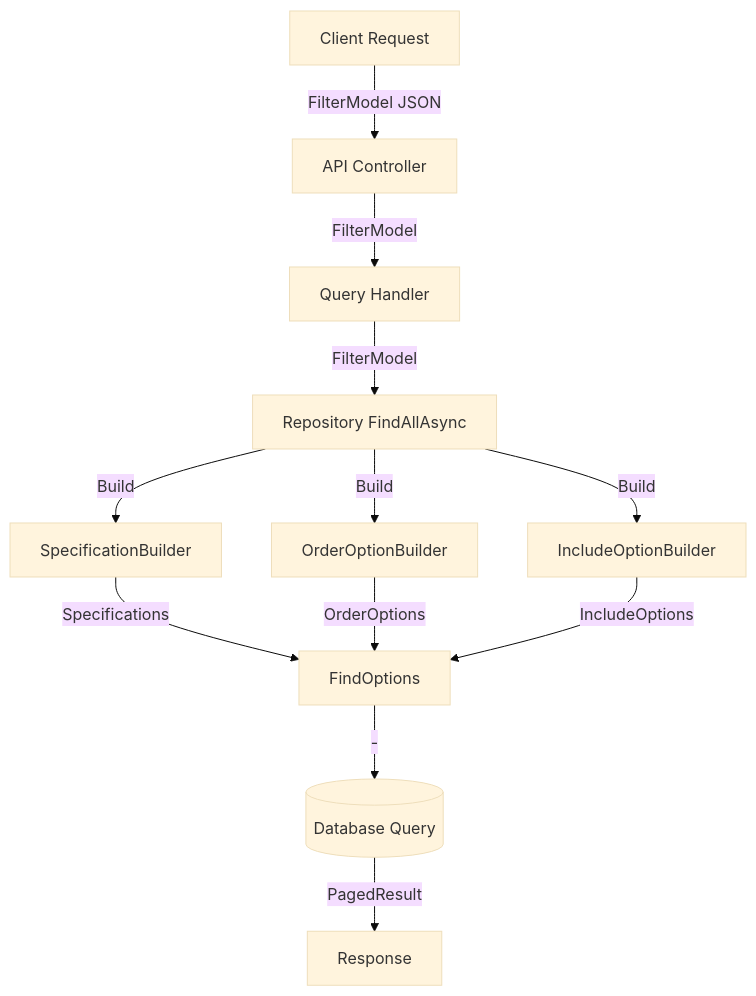
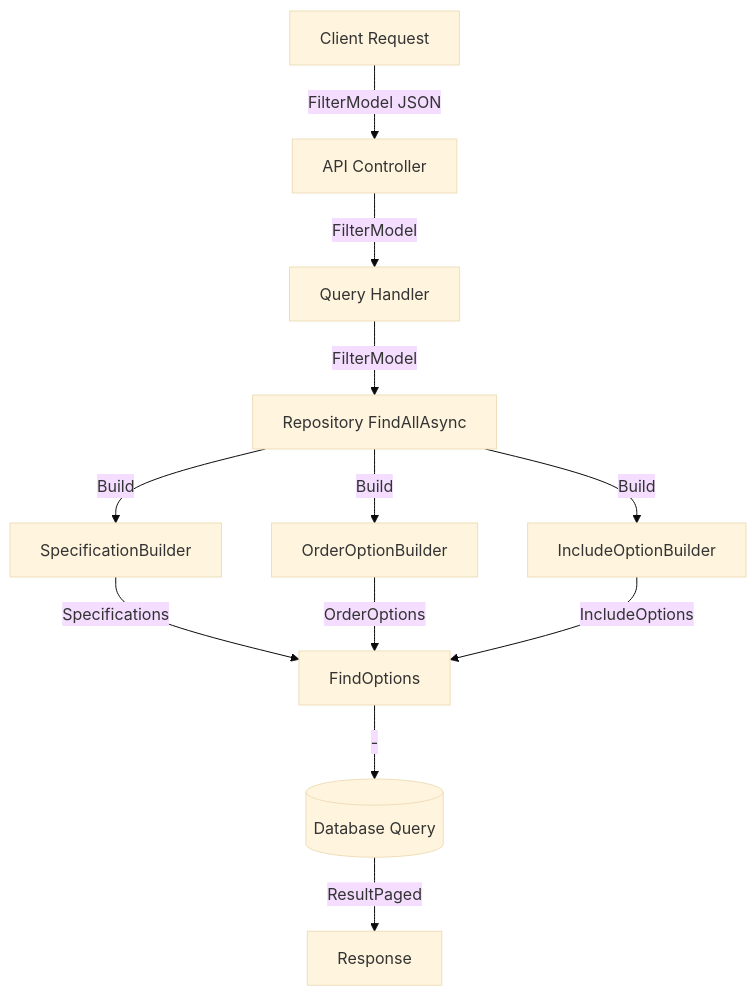
Before and after one commit to BridgingIT-GmbH/bITdevKit: the third of 3 diagrams in docs/features-filtering.md, drawn with Mermaid (base theme). The commit also changed other lines of this file and 483 other files, not shown here.

Commit message:
Merged PR 8557: Added new EntityPermissions, IdentityProvider, Repository enhancements, PagedResult renamed, nuget updates

````diff
--- a/docs/features-filtering.md
+++ b/docs/features-filtering.md
@@ -1579,14 +1579,14 @@
 ```mermaid
 graph TD
     A[Client Request] -->|FilterModel JSON| B[API Controller]
     B -->|FilterModel| C[Query Handler]
     C -->|FilterModel| D[Repository FindAllAsync]
     D -->|Build| E[SpecificationBuilder]
     D -->|Build| F[OrderOptionBuilder]
     D -->|Build| G[IncludeOptionBuilder]
     E -->|Specifications| FO[FindOptions]
     F -->|OrderOptions| FO
     G -->|IncludeOptions| FO
     FO -->|-| H[(Database Query)]
-    H -->|PagedResult| I[Response]
+    H -->|ResultPaged| I[Response]
 ```
````
